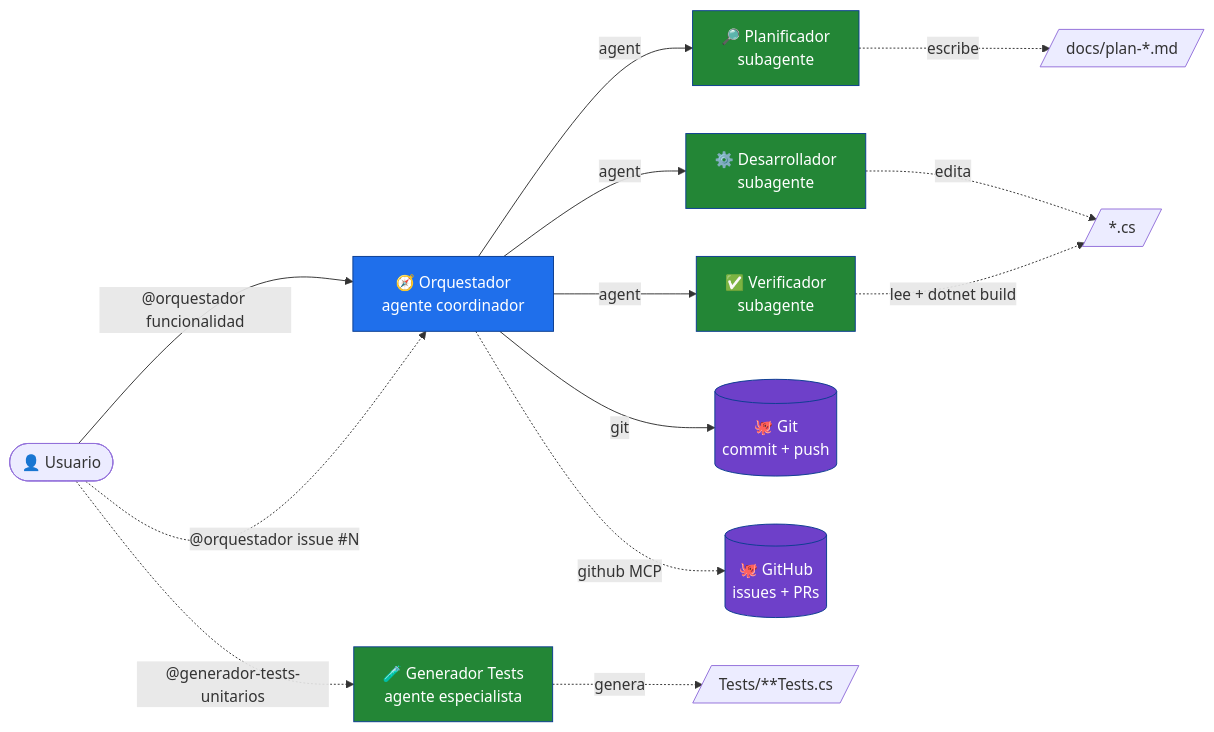
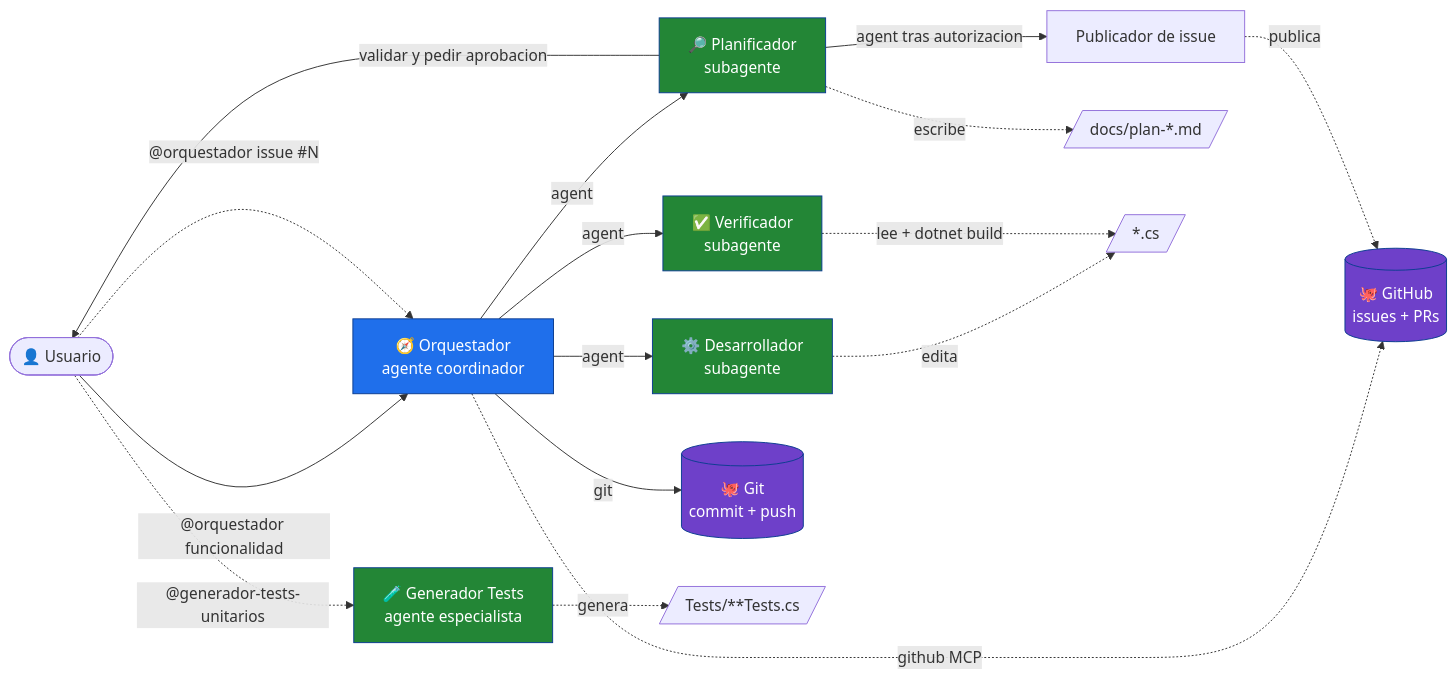
The first of 7 diagrams in docs/ARQUITECTURA-AGENTES.md (hispafox/app-todolist-260921), drawn with Mermaid before and after one commit. The commit also changed other lines of this file and 15 other files, not shown here.

````diff
--- a/docs/ARQUITECTURA-AGENTES.md
+++ b/docs/ARQUITECTURA-AGENTES.md
@@ -13,23 +13,26 @@
 ```mermaid
 flowchart LR
     U([👤 Usuario]) -->|"@orquestador funcionalidad"| O[🧭 Orquestador<br/>agente coordinador]
     U -.->|"@orquestador issue #N"| O
     U -.->|"@generador-tests-unitarios"| T[🧪 Generador Tests<br/>agente especialista]
     O -->|agent| P[🔎 Planificador<br/>subagente]
+    P -->|validar y pedir aprobacion| U
+    P -->|agent tras autorizacion| I[Publicador de issue]
     O -->|agent| D[⚙️ Desarrollador<br/>subagente]
     O -->|agent| V[✅ Verificador<br/>subagente]
     O -->|git| GH[(🐙 Git<br/>commit + push)]
     O -.->|github MCP| GHI[(🐙 GitHub<br/>issues + PRs)]
 
     P -.escribe.-> PL[/docs/plan-*.md/]
+    I -.publica.-> GHI
     D -.edita.-> C[/*.cs/]
     V -.lee + dotnet build.-> C
     T -.genera.-> TS[/Tests/**Tests.cs/]
 
     classDef orq fill:#1f6feb,color:#fff,stroke:#0b3d91;
     classDef sub fill:#238636,color:#fff,stroke:#0b3d91;
     classDef ext fill:#6e40c9,color:#fff,stroke:#0b3d91;
     class O orq;
     class P,D,V,T sub;
     class GH,GHI ext;
 ```
````
